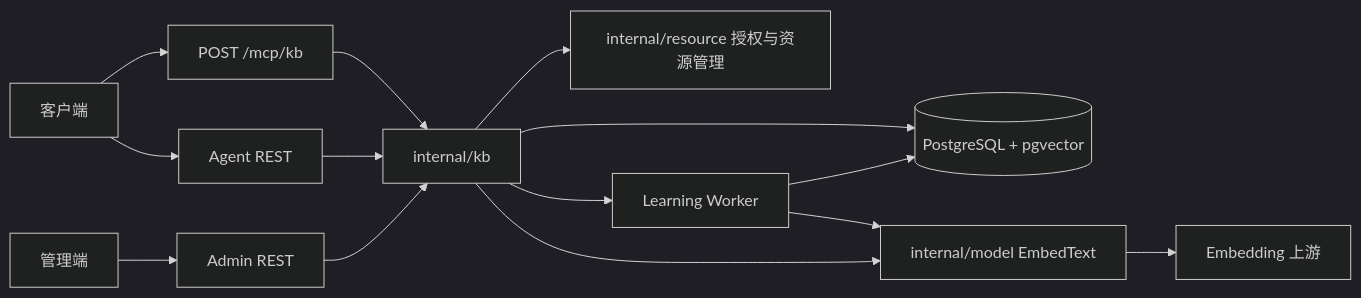
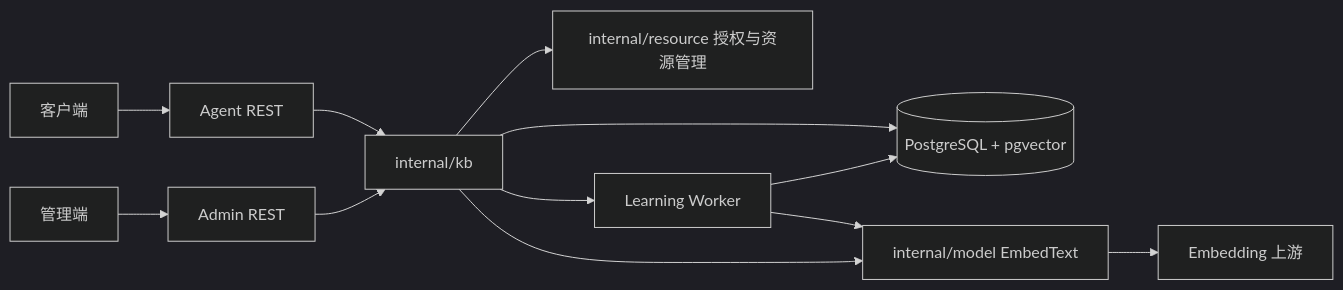
Before and after one commit to chaitin/MonkeyCode: the first of 3 diagrams in monkeyai/design/knowledge-base-technical-design.md, drawn with Mermaid (dark theme). The commit also changed other lines of this file and 20 other files, not shown here.

````diff
--- a/monkeyai/design/knowledge-base-technical-design.md
+++ b/monkeyai/design/knowledge-base-technical-design.md
@@ -26,16 +27,14 @@
 ```mermaid
 flowchart LR
     Admin[管理端] --> AdminAPI[Admin REST]
     Client[客户端] --> AgentAPI[Agent REST]
-    Client --> MCP[POST /mcp/kb]
     AdminAPI --> KB[internal/kb]
     AgentAPI --> KB
-    MCP --> KB
     KB --> Resource[internal/resource 授权与资源管理]
     KB --> Worker[Learning Worker]
     Worker --> PG[(PostgreSQL + pgvector)]
     KB --> PG
     KB --> Model[internal/model EmbedText]
     Worker --> Model
     Model --> Upstream[Embedding 上游]
 ```
````
